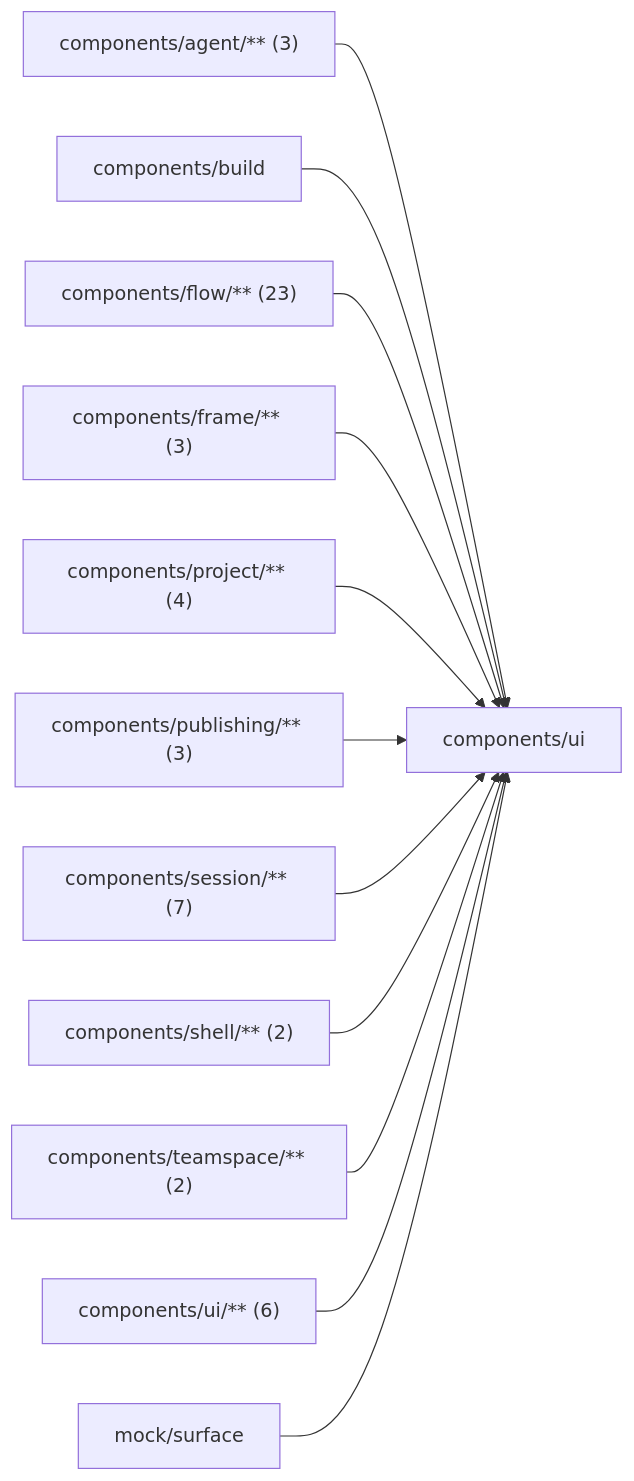
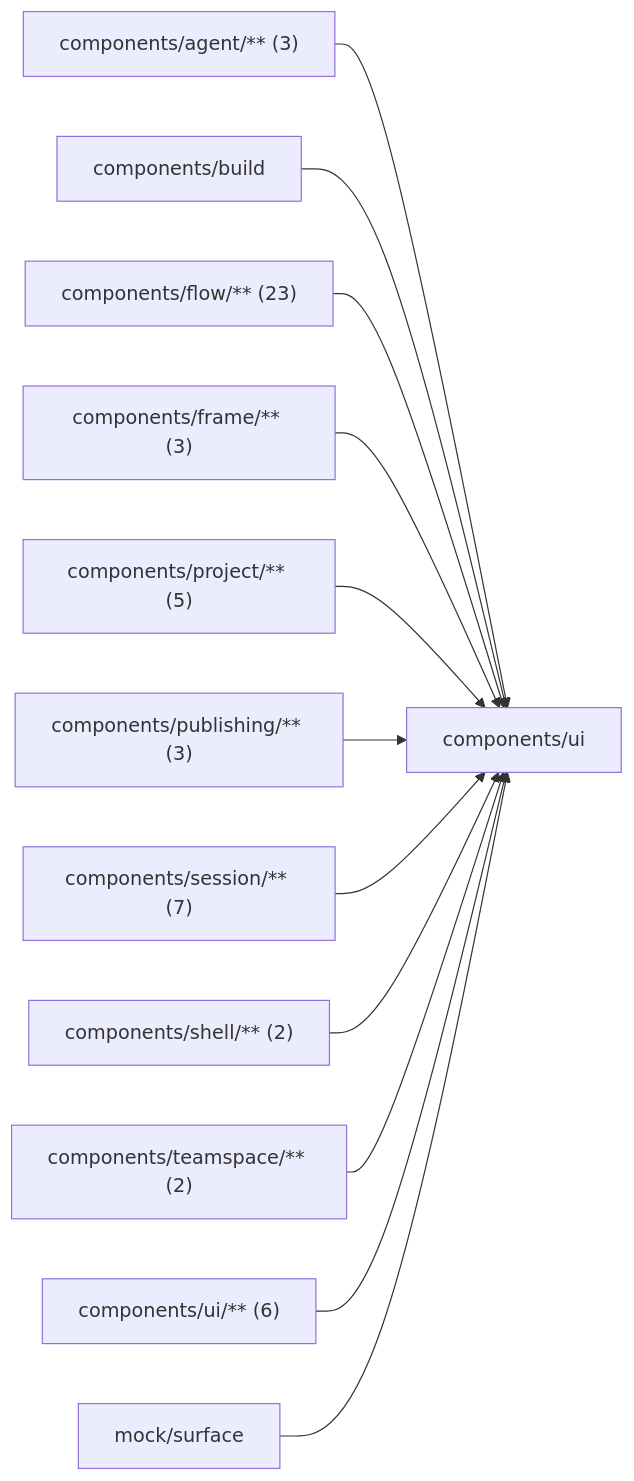
One commit to superdurable/superverse changed the diagram in web/studio/components/ui/README.md. Above: the diagram before and after it, drawn with Mermaid. The commit also changed other lines of this file and 145 other files, not shown here.

````diff
--- a/web/studio/components/ui/README.md
+++ b/web/studio/components/ui/README.md
@@ -10,15 +10,15 @@
 ```mermaid
 flowchart LR
   self["components/ui"]
   c0["components/agent/** (3)"] --> self
   c1["components/build"] --> self
   c2["components/flow/** (23)"] --> self
   c3["components/frame/** (3)"] --> self
-  c4["components/project/** (4)"] --> self
+  c4["components/project/** (5)"] --> self
   c5["components/publishing/** (3)"] --> self
   c6["components/session/** (7)"] --> self
   c7["components/shell/** (2)"] --> self
   c8["components/teamspace/** (2)"] --> self
   c9["components/ui/** (6)"] --> self
   c10["mock/surface"] --> self
 ```
````
